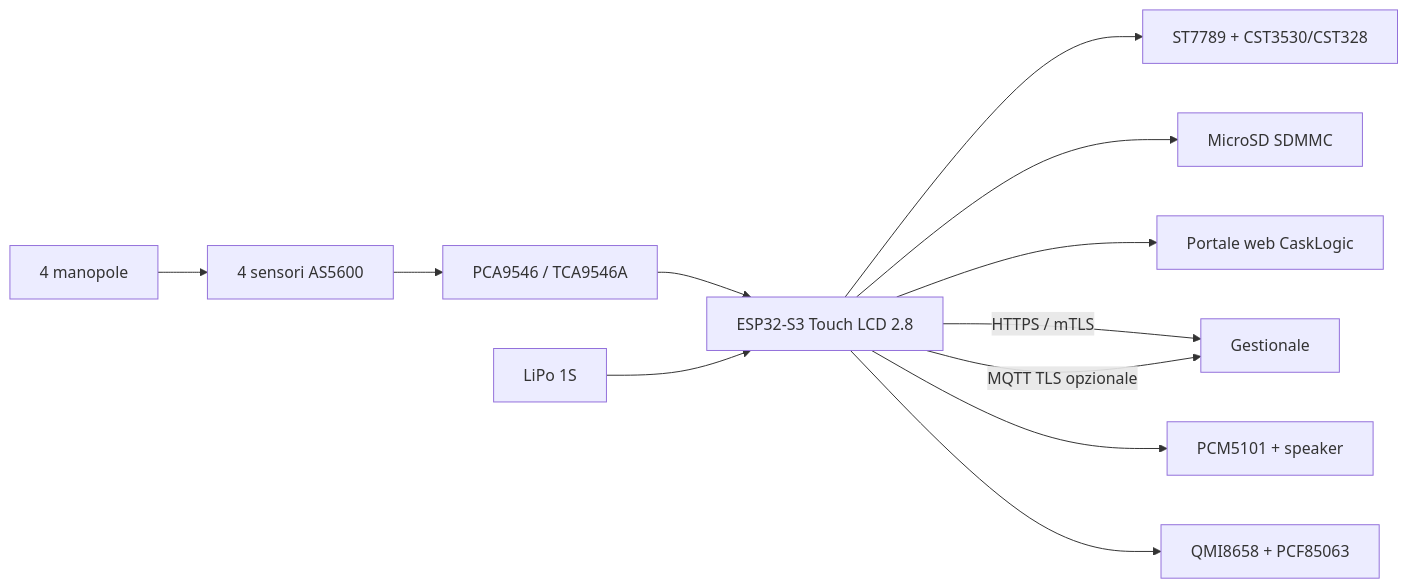
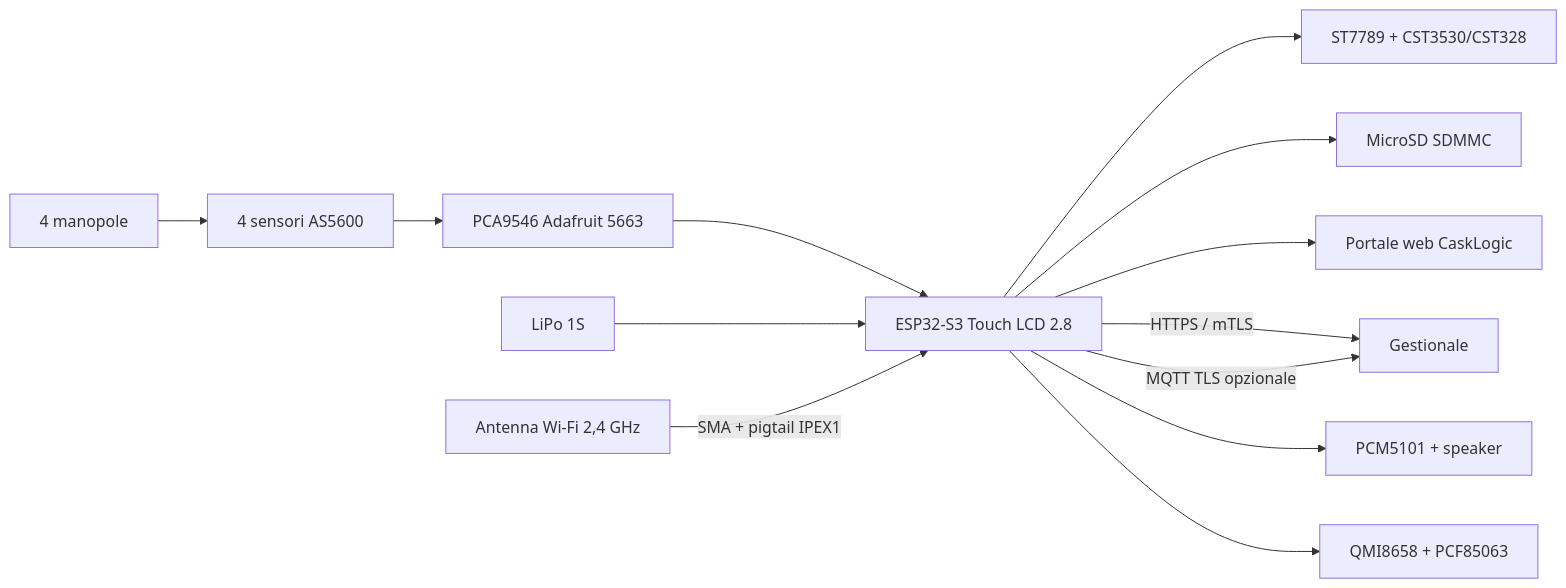
One commit to PieroBorgatta/Laveggio-Printomatic changed the diagram in README.md. Above: the diagram before and after it, drawn with Mermaid. The commit also changed other lines of this file and 11 other files, not shown here.

````diff
--- a/README.md
+++ b/README.md
@@ -143,14 +149,15 @@
 ```mermaid
 flowchart LR
     A[4 manopole] --> B[4 sensori AS5600]
-    B --> C[PCA9546 / TCA9546A]
+    B --> C[PCA9546 Adafruit 5663]
     C --> D[ESP32-S3 Touch LCD 2.8]
     D --> E[ST7789 + CST3530/CST328]
     D --> F[MicroSD SDMMC]
     D --> G[Portale web CaskLogic]
     D -->|HTTPS / mTLS| H[Gestionale]
     D -->|MQTT TLS opzionale| H
     I[LiPo 1S] --> D
     D --> K[PCM5101 + speaker]
     D --> L[QMI8658 + PCF85063]
+    M[Antenna Wi-Fi 2,4 GHz] -->|SMA + pigtail IPEX1| D
 ```
````
